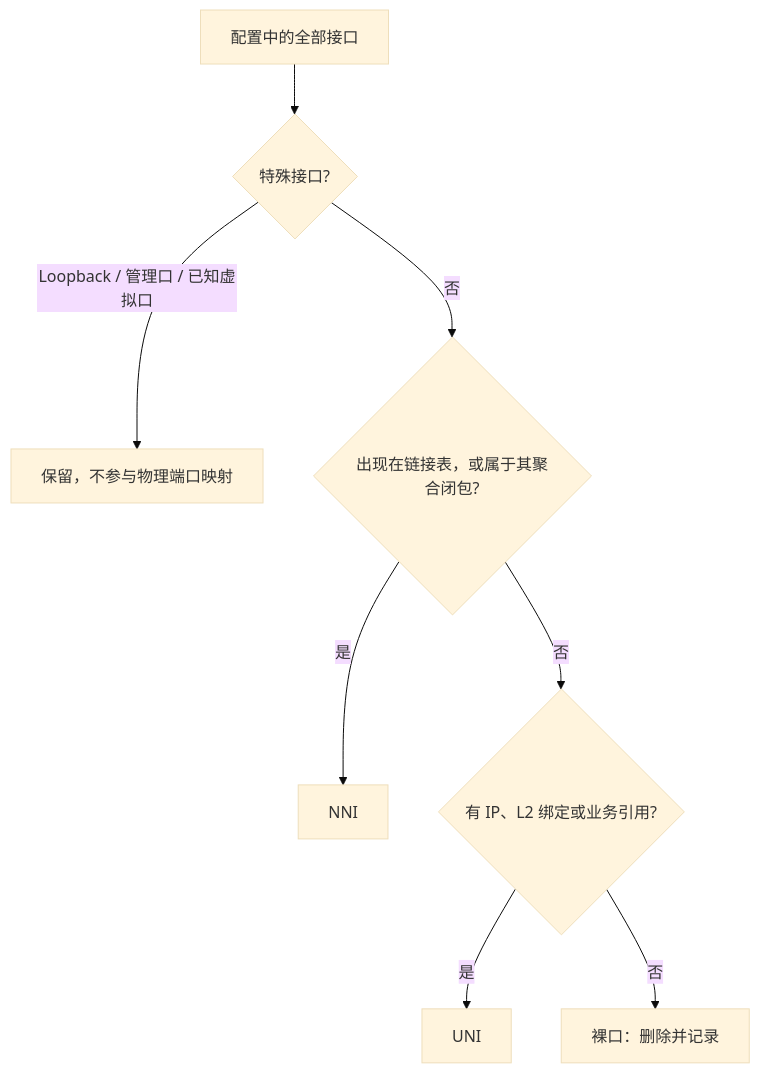
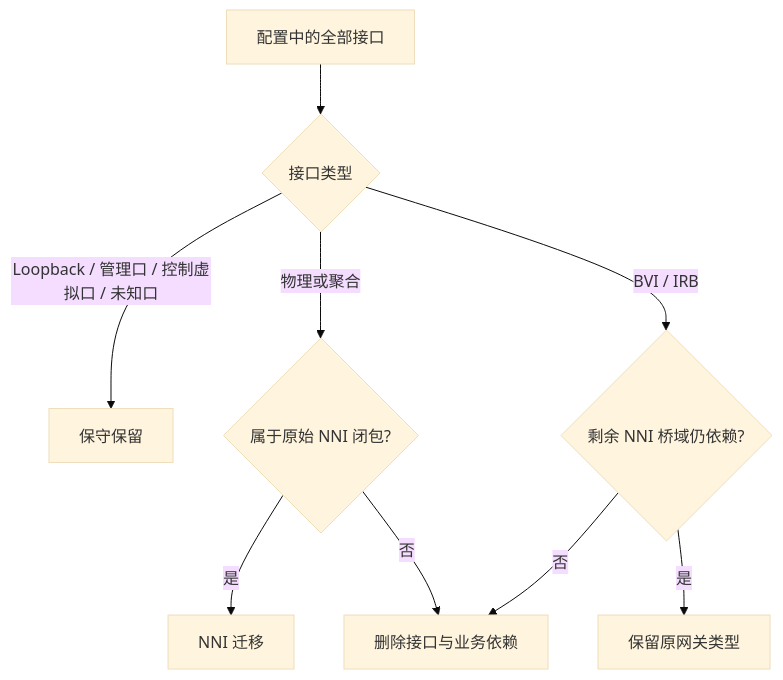
One commit to xiaobaozi01/config-mapping changed the second of 9 diagrams in docs/onboarding-guide.md. Above: the diagram before and after it, drawn with Mermaid (base theme). The commit also changed other lines of this file and 83 other files, not shown here.

First line of the commit message:
Preserve NNI aggregates and remove UNI consolidation

````diff
--- a/docs/onboarding-guide.md
+++ b/docs/onboarding-guide.md
@@ -70,10 +70,11 @@
 ```mermaid
 flowchart TD
-    All[配置中的全部接口] --> Special{特殊接口?}
-    Special -->|Loopback / 管理口 / 已知虚拟口| Preserve[保留，不参与物理端口映射]
-    Special -->|否| InTopology{出现在链接表，或属于其聚合闭包?}
-    InTopology -->|是| NNI[NNI]
-    InTopology -->|否| Business{有 IP、L2 绑定或业务引用?}
-    Business -->|是| UNI[UNI]
-    Business -->|否| Bare[裸口：删除并记录]
+    All[配置中的全部接口] --> Special{接口类型}
+    Special -->|Loopback / 管理口 / 控制虚拟口 / 未知口| Preserve[保守保留]
+    Special -->|物理或聚合| InTopology{属于原始 NNI 闭包?}
+    InTopology -->|是| NNI[NNI 迁移]
+    InTopology -->|否| Remove[删除接口与业务依赖]
+    Special -->|BVI / IRB| Dependency{剩余 NNI 桥域仍依赖?}
+    Dependency -->|是| Gateway[保留原网关类型]
+    Dependency -->|否| Remove
 ```
````
